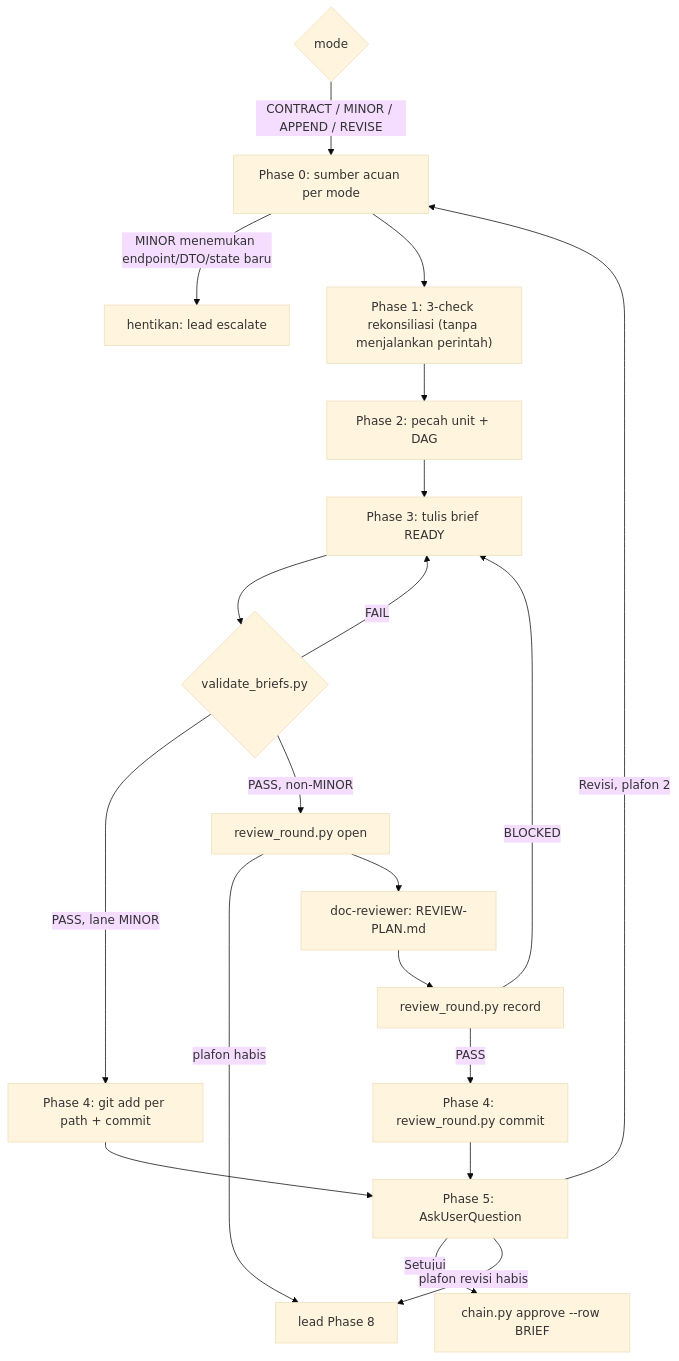
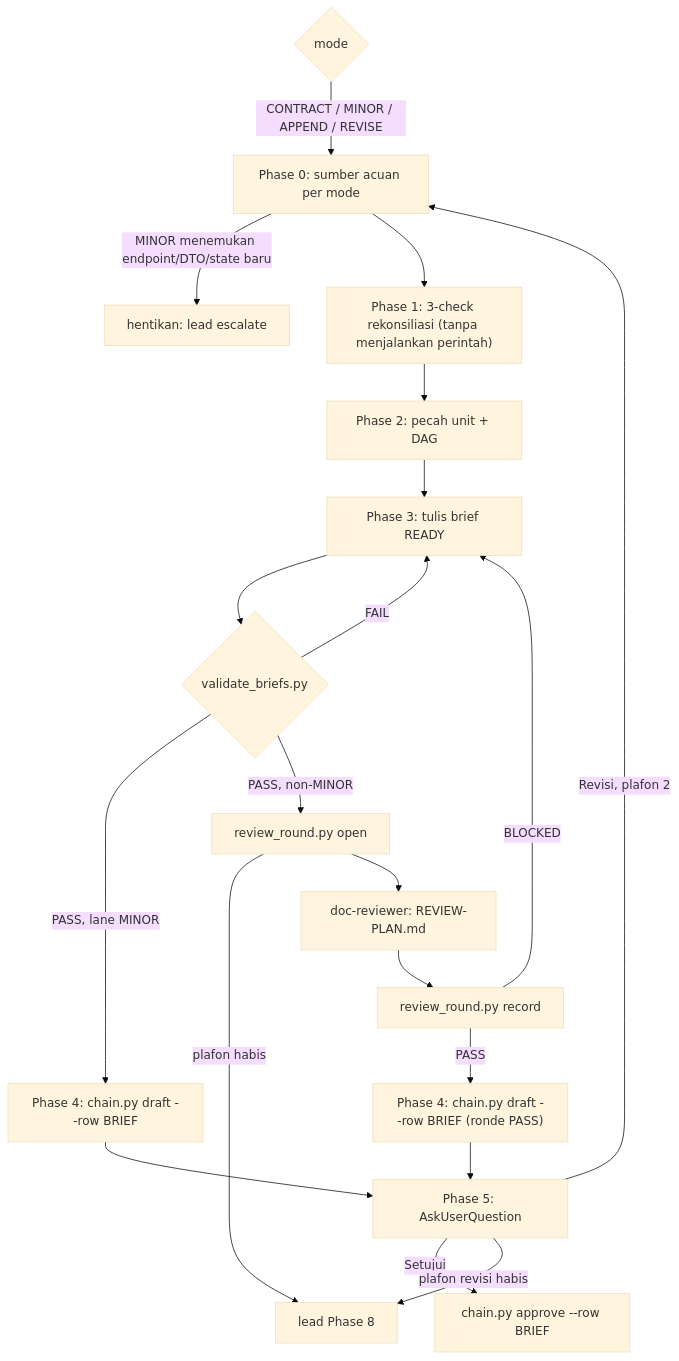
Before and after one commit to nataflow/agentic-workflow: the fourth of 8 diagrams in flow/frontend.md, drawn with Mermaid (base theme). The commit also changed other lines of this file and 4 other files, not shown here.

````diff
--- a/flow/frontend.md
+++ b/flow/frontend.md
@@ -375,22 +382,22 @@
 ```mermaid
 flowchart TD
     M{"mode"} -->|"CONTRACT / MINOR / APPEND / REVISE"| P0["Phase 0: sumber acuan per mode"]
     P0 -->|"MINOR menemukan endpoint/DTO/state baru"| ESC["hentikan: lead escalate"]
     P0 --> P1["Phase 1: 3-check rekonsiliasi (tanpa menjalankan perintah)"]
     P1 --> P2["Phase 2: pecah unit + DAG"]
     P2 --> P3["Phase 3: tulis brief READY"]
     P3 --> VB{"validate_briefs.py"}
     VB -->|"FAIL"| P3
-    VB -->|"PASS, lane MINOR"| CM["Phase 4: git add per path + commit"]
+    VB -->|"PASS, lane MINOR"| CM["Phase 4: chain.py draft --row BRIEF"]
     VB -->|"PASS, non-MINOR"| RO["review_round.py open"]
     RO -->|"plafon habis"| L8["lead Phase 8"]
     RO --> DR["doc-reviewer: REVIEW-PLAN.md"]
     DR --> REC["review_round.py record"]
     REC -->|"BLOCKED"| P3
-    REC -->|"PASS"| CR["Phase 4: review_round.py commit"]
+    REC -->|"PASS"| CR["Phase 4: chain.py draft --row BRIEF (ronde PASS)"]
     CM --> AP["Phase 5: AskUserQuestion"]
     CR --> AP
     AP -->|"Setujui"| OK["chain.py approve --row BRIEF"]
     AP -->|"Revisi, plafon 2"| P0
     AP -->|"plafon revisi habis"| L8
 ```
````
